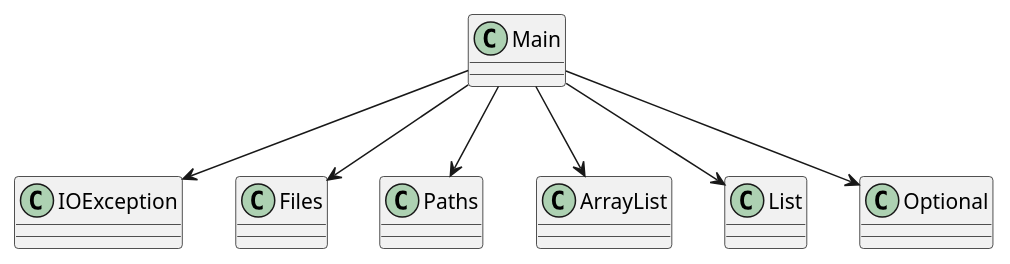
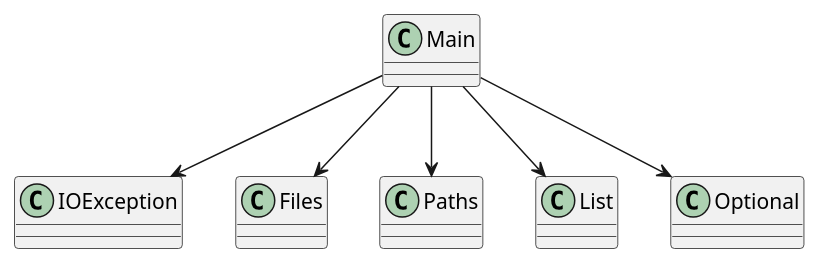
One commit to SirMathhman/Magma changed the diagram in diagram.puml. Above: the diagram before and after it, drawn with PlantUML. The commit also changed 3 other files, not shown here.

```diff
--- a/diagram.puml
+++ b/diagram.puml
@@ -1,9 +1,8 @@
 @startuml
 Main --> IOException
 Main --> Files
 Main --> Paths
-Main --> ArrayList
 Main --> List
 Main --> Optional
 class Main
 @enduml
```
